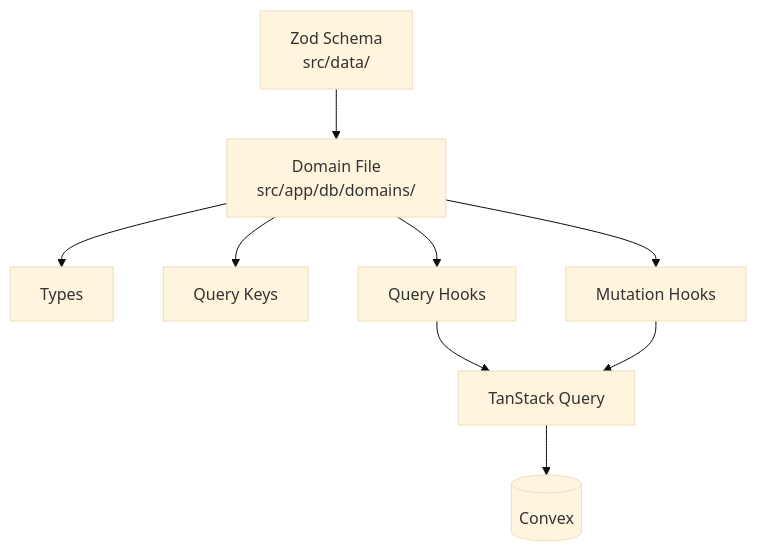
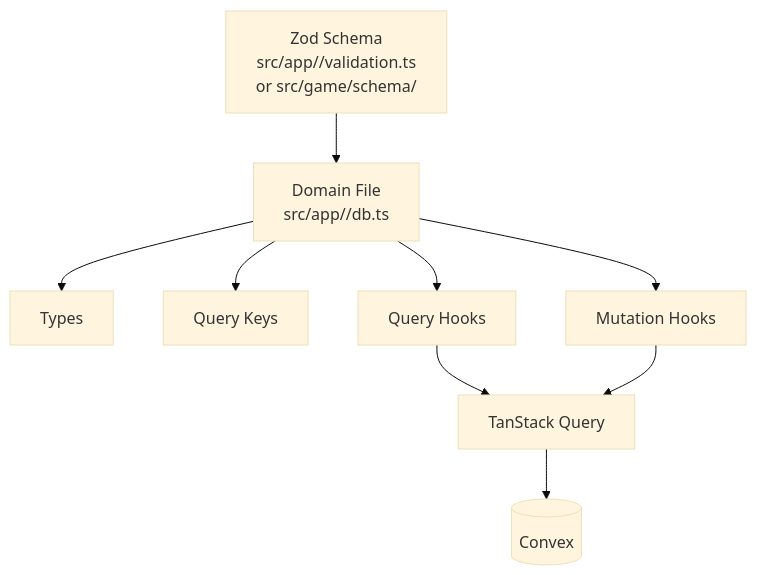
One commit to ndelangen/tanstack-start changed the diagram in docs/data-layer.md. Above: the diagram before and after it, drawn with Mermaid (base theme). The commit also changed other lines of this file and 33 other files, not shown here.

````diff
--- a/docs/data-layer.md
+++ b/docs/data-layer.md
@@ -5,11 +5,11 @@
 ```mermaid
 flowchart TD
-    Schema[Zod Schema<br/>src/data/] --> DomainFile[Domain File<br/>src/app/db/domains/]
+    Schema[Zod Schema<br/>src/app/<domain>/validation.ts<br/>or src/game/schema/] --> DomainFile[Domain File<br/>src/app/<domain>/db.ts]
     DomainFile --> Types[Types]
     DomainFile --> QueryKeys[Query Keys]
     DomainFile --> Queries[Query Hooks]
     DomainFile --> Mutations[Mutation Hooks]
     Queries --> TanStackQuery[TanStack Query]
     Mutations --> TanStackQuery
     TanStackQuery --> Convex[(Convex)]
 ```
````
